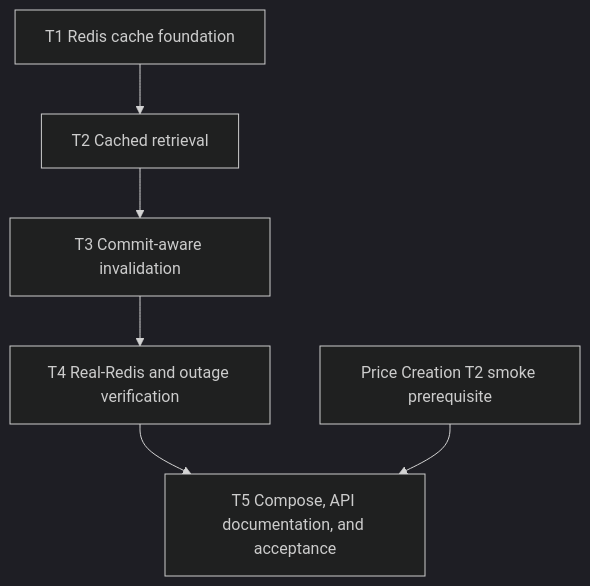
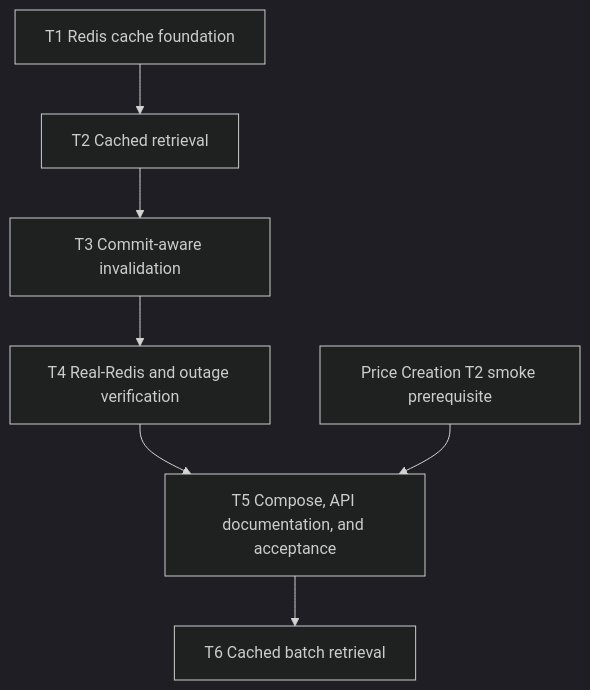
The diagram in .specs/pricing-cache/tasks.md (egorvel/rent-flow-pricing), drawn with Mermaid (dark theme) before and after one commit. The commit also changed other lines of this file and 10 other files, not shown here.

````diff
--- a/.specs/pricing-cache/tasks.md
+++ b/.specs/pricing-cache/tasks.md
@@ -23,8 +23,9 @@
 ```mermaid
 flowchart TD
     T1["T1 Redis cache foundation"] --> T2["T2 Cached retrieval"]
     T2 --> T3["T3 Commit-aware invalidation"]
     T3 --> T4["T4 Real-Redis and outage verification"]
     T4 --> T5["T5 Compose, API documentation, and acceptance"]
+    T5 --> T6["T6 Cached batch retrieval"]
     PC2["Price Creation T2 smoke prerequisite"] --> T5
 ```
````
